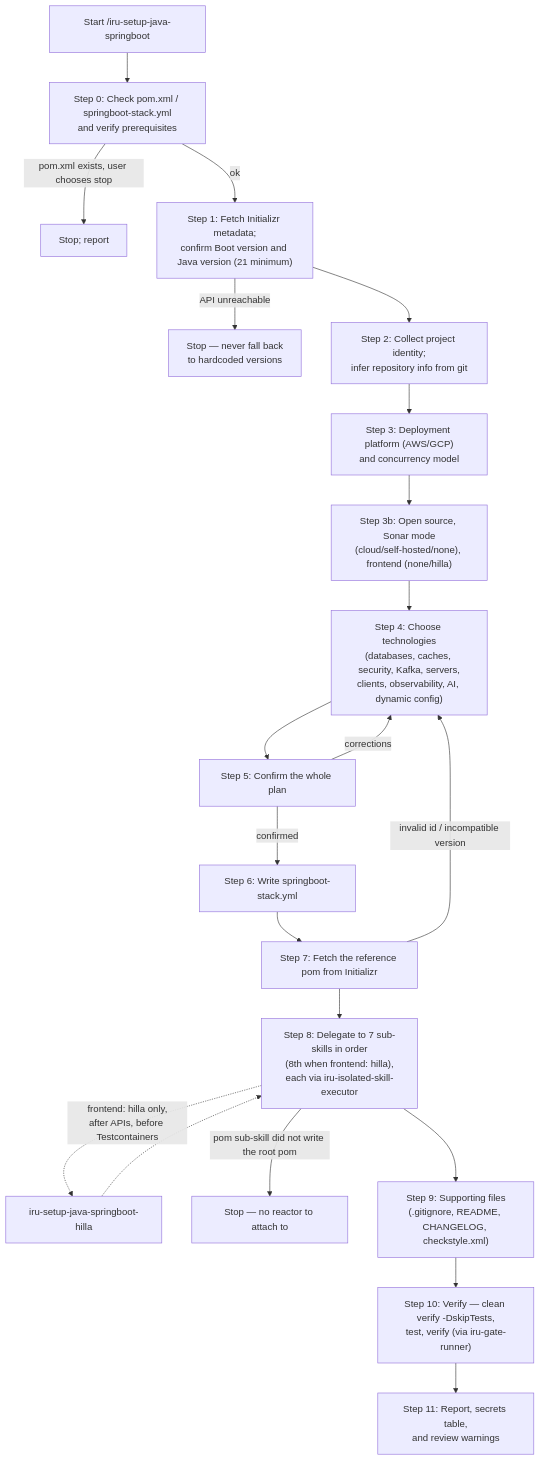
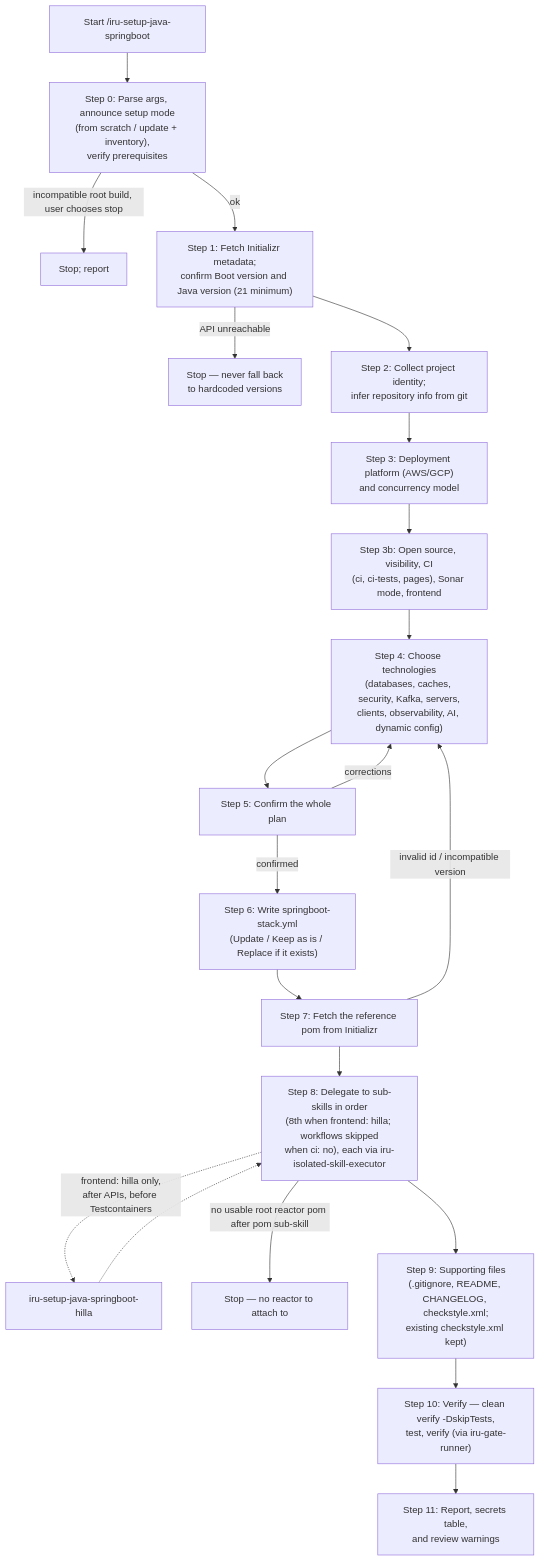
The diagram in docs/modules/ROOT/pages/skills/iru-setup-java-springboot.adoc (albertoirurueta/ai-catalog), drawn with Mermaid before and after one commit. The commit also changed other lines of this file and 87 other files, not shown here.

```diff
--- a/docs/modules/ROOT/pages/skills/iru-setup-java-springboot.adoc
+++ b/docs/modules/ROOT/pages/skills/iru-setup-java-springboot.adoc
@@ -227,24 +275,24 @@
 [mermaid]
 ....
 flowchart TD
-    A["Start /iru-setup-java-springboot"] --> B["Step 0: Check pom.xml / springboot-stack.yml\nand verify prerequisites"]
-    B -- pom.xml exists, user chooses stop --> STOP[Stop; report]
+    A["Start /iru-setup-java-springboot"] --> B["Step 0: Parse args, announce setup mode\n(from scratch / update + inventory),\nverify prerequisites"]
+    B -- incompatible root build, user chooses stop --> STOP[Stop; report]
     B -- ok --> C["Step 1: Fetch Initializr metadata;\nconfirm Boot version and Java version (21 minimum)"]
     C -- API unreachable --> STOP2["Stop — never fall back\nto hardcoded versions"]
     C --> D["Step 2: Collect project identity;\ninfer repository info from git"]
     D --> E["Step 3: Deployment platform (AWS/GCP)\nand concurrency model"]
-    E --> EB["Step 3b: Open source, Sonar mode\n(cloud/self-hosted/none), frontend (none/hilla)"]
+    E --> EB["Step 3b: Open source, visibility, CI\n(ci, ci-tests, pages), Sonar mode, frontend"]
     EB --> F["Step 4: Choose technologies\n(databases, caches, security, Kafka, servers,\nclients, observability, AI, dynamic config)"]
     F --> G["Step 5: Confirm the whole plan"]
     G -- corrections --> F
-    G -- confirmed --> H["Step 6: Write springboot-stack.yml"]
+    G -- confirmed --> H["Step 6: Write springboot-stack.yml\n(Update / Keep as is / Replace if it exists)"]
     H --> I["Step 7: Fetch the reference pom from Initializr"]
     I -- invalid id / incompatible version --> F
-    I --> J["Step 8: Delegate to 7 sub-skills in order\n(8th when frontend: hilla),\neach via iru-isolated-skill-executor"]
+    I --> J["Step 8: Delegate to sub-skills in order\n(8th when frontend: hilla; workflows skipped\nwhen ci: no), each via iru-isolated-skill-executor"]
     J -.->|"frontend: hilla only,\nafter APIs, before Testcontainers"| JH["iru-setup-java-springboot-hilla"]
     JH -.-> J
-    J -- pom sub-skill did not write the root pom --> STOP3["Stop — no reactor to attach to"]
-    J --> K["Step 9: Supporting files\n(.gitignore, README, CHANGELOG, checkstyle.xml)"]
+    J -- no usable root reactor pom after pom sub-skill --> STOP3["Stop — no reactor to attach to"]
+    J --> K["Step 9: Supporting files\n(.gitignore, README, CHANGELOG, checkstyle.xml;\nexisting checkstyle.xml kept)"]
     K --> L["Step 10: Verify — clean verify -DskipTests,\ntest, verify (via iru-gate-runner)"]
     L --> M["Step 11: Report, secrets table,\nand review warnings"]
 ....
```
